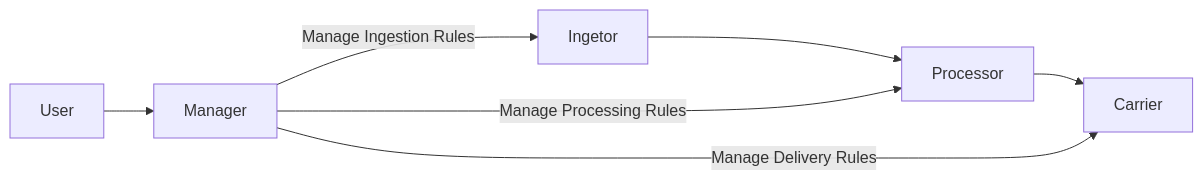
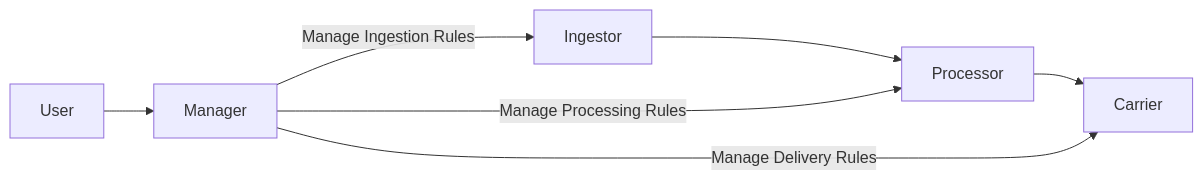
Before and after one commit to girdharshubham/reactive-app-modernization-with-scala: the diagram in README.md, drawn with Mermaid.

````diff
--- a/README.md
+++ b/README.md
@@ -16,8 +16,8 @@
 ```mermaid
 graph LR
-    A[Ingetor] --> B[Processor] --> C[Carrier]
+    A[Ingestor] --> B[Processor] --> C[Carrier]
     D[Manager] -->|Manage Ingestion Rules| A
     D -->|Manage Processing Rules| B
     D -->|Manage Delivery Rules| C
     U[User] --> D
 ```
````
